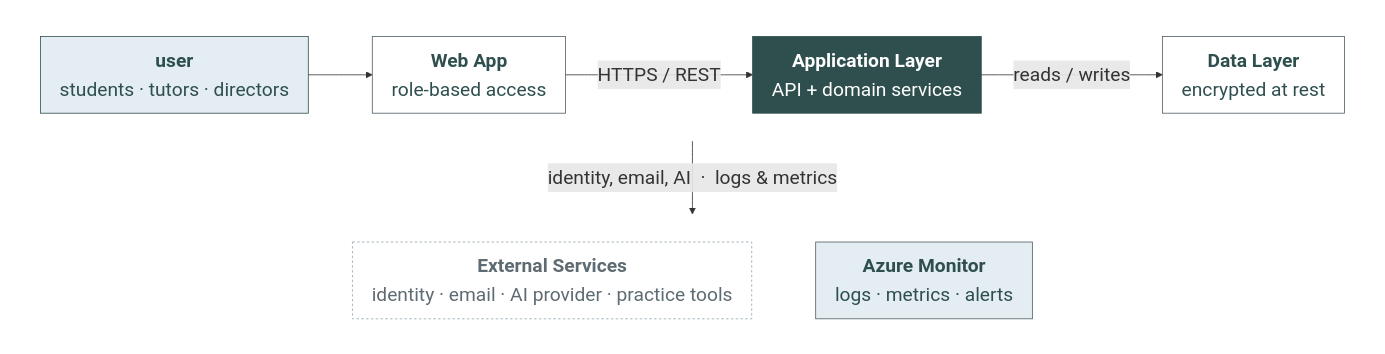
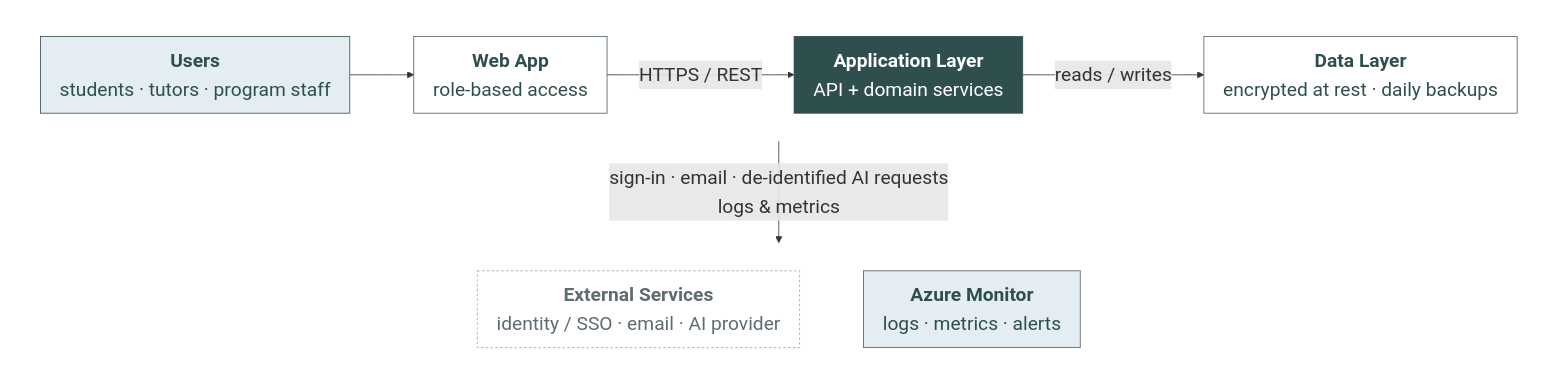
The diagram in docs/architecture/system architecture.mmd (fumubyeyi/menya), drawn with Mermaid before and after one commit. The commit also changed 1 other file, not shown here.

Commit message:
updated the system architecture diagram

```diff
--- a/docs/architecture/system architecture.mmd
+++ b/docs/architecture/system architecture.mmd
@@ -1,30 +1,30 @@
 %%{init: {'themeVariables': {'fontSize': '24px'}, 'flowchart': {'nodeSpacing': 50, 'rankSpacing': 55, 'padding': 12}}}%%
 flowchart TB
   subgraph TOP[" "]
     direction LR
-    USER["<b>user</b><br/>students&nbsp;·&nbsp;tutors&nbsp;·&nbsp;directors"] --> WEB["<b>Web App</b><br/>role-based&nbsp;access"]
+    USER["<b>Users</b><br/>students&nbsp;·&nbsp;tutors&nbsp;·&nbsp;program&nbsp;staff"] --> WEB["<b>Web App</b><br/>role‑based&nbsp;access"]
     WEB -->|"HTTPS&nbsp;/&nbsp;REST"| APPL["<b>Application Layer</b><br/>API&nbsp;+&nbsp;domain&nbsp;services"]
-    APPL -->|"reads&nbsp;/&nbsp;writes"| DATA["<b>Data Layer</b><br/>encrypted&nbsp;at&nbsp;rest"]
+    APPL -->|"reads&nbsp;/&nbsp;writes"| DATA["<b>Data Layer</b><br/>encrypted&nbsp;at&nbsp;rest&nbsp;·&nbsp;daily&nbsp;backups"]
   end
 
   subgraph BOTTOM[" "]
     direction LR
-    EXT["<b>External Services</b><br/>identity&nbsp;·&nbsp;email&nbsp;·&nbsp;AI&nbsp;provider&nbsp;·&nbsp;practice&nbsp;tools"] ~~~ OPS["<b>Azure Monitor</b><br/>logs&nbsp;·&nbsp;metrics&nbsp;·&nbsp;alerts"]
+    EXT["<b>External Services</b><br/>identity&nbsp;/&nbsp;SSO&nbsp;·&nbsp;email&nbsp;·&nbsp;AI&nbsp;provider"] ~~~ OPS["<b>Azure Monitor</b><br/>logs&nbsp;·&nbsp;metrics&nbsp;·&nbsp;alerts"]
   end
 
-  TOP -->|"identity,&nbsp;email,&nbsp;AI&nbsp;&nbsp;·&nbsp;&nbsp;logs&nbsp;&amp;&nbsp;metrics"| BOTTOM
+  TOP -->|"sign‑in&nbsp;·&nbsp;email&nbsp;·&nbsp;de‑identified&nbsp;AI&nbsp;requests<br/>logs&nbsp;&amp;&nbsp;metrics"| BOTTOM
 
   classDef user fill:#E4EDF1,stroke:#2F4F4F,color:#2F4F4F;
   classDef app fill:#2F4F4F,stroke:#2F4F4F,color:#FFFFFF;
   classDef data fill:#FFFFFF,stroke:#4E5E65,color:#2F4F4F;
   classDef ext fill:#FFFFFF,stroke:#90A4AE,color:#5E6B72,stroke-dasharray:3 3;
   classDef ops fill:#E4EDF1,stroke:#4E5E65,color:#2F4F4F;
   classDef wrapper fill:none,stroke:none;
 
   class USER user;
   class WEB data;
   class APPL app;
   class DATA data;
   class EXT ext;
   class OPS ops;
   class TOP,BOTTOM wrapper;
```
